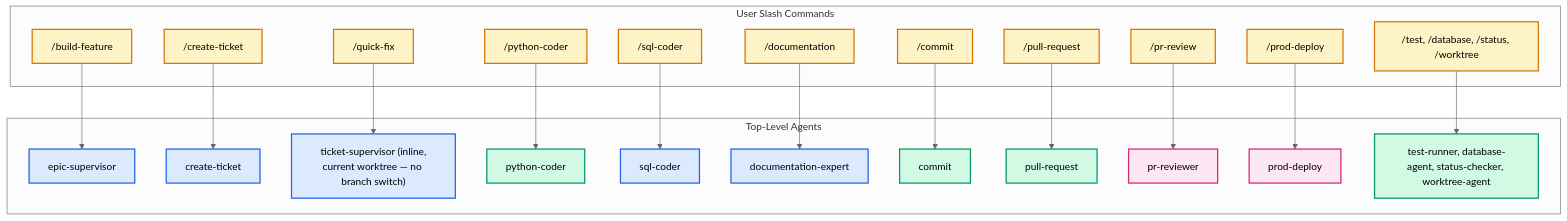
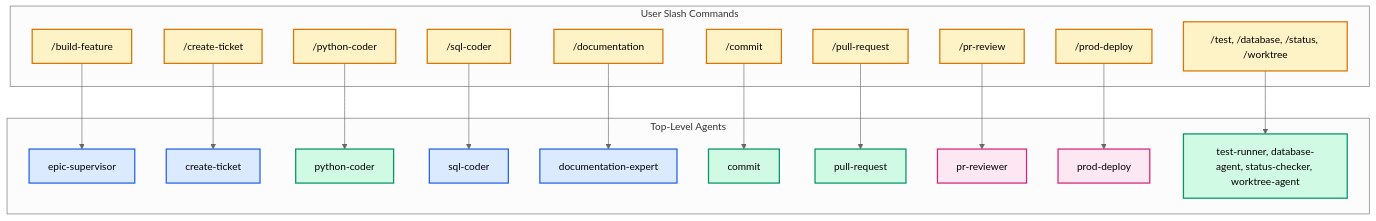
The first of 5 diagrams in docs/architecture/agent_delivery_workflows.md (urlmonitor/leafcutter-ai), drawn with Mermaid (neutral theme) before and after one commit. The commit also changed other lines of this file and 15 other files, not shown here.

````diff
--- a/docs/architecture/agent_delivery_workflows.md
+++ b/docs/architecture/agent_delivery_workflows.md
@@ -86,50 +86,47 @@
 ```mermaid
 flowchart TD
     classDef ui fill:#fef3c7,stroke:#d97706,stroke-width:2px;
     classDef orchestrator fill:#dbeafe,stroke:#2563eb,stroke-width:2px;
     classDef worker fill:#d1fae5,stroke:#059669,stroke-width:2px;
     classDef gatekeeper fill:#fce7f3,stroke:#db2777,stroke-width:2px;
 
     %% Slash Commands
     subgraph Commands ["User Slash Commands"]
         cmdBuild["/build-feature"]:::ui
         cmdTicket["/create-ticket"]:::ui
-        cmdQuickFix["/quick-fix"]:::ui
         cmdPy["/python-coder"]:::ui
         cmdSql["/sql-coder"]:::ui
         cmdDoc["/documentation"]:::ui
         cmdCommit["/commit"]:::ui
         cmdPR["/pull-request"]:::ui
         cmdReview["/pr-review"]:::ui
         cmdDeploy["/prod-deploy"]:::ui
         cmdOther["/test, /database, /status, /worktree"]:::ui
     end
 
     %% Top-Level Agents
     subgraph Primary_Agents ["Top-Level Agents"]
         epicSup["epic-supervisor"]:::orchestrator
         createTick["create-ticket"]:::orchestrator
-        quickFixAgt["ticket-supervisor (inline,<br/>current worktree — no branch switch)"]:::orchestrator
         pyCoder["python-coder"]:::worker
         sqlCoder["sql-coder"]:::orchestrator
         docExp["documentation-expert"]:::orchestrator
         commitAgt["commit"]:::worker
         prAgt["pull-request"]:::worker
         prRev["pr-reviewer"]:::gatekeeper
         prodDep["prod-deploy"]:::gatekeeper
         otherAgts["test-runner, database-agent, status-checker, worktree-agent"]:::worker
     end
 
     %% Mappings
     cmdBuild --> epicSup
     cmdTicket --> createTick
-    cmdQuickFix --> quickFixAgt
     cmdPy --> pyCoder
     cmdSql --> sqlCoder
     cmdDoc --> docExp
     cmdCommit --> commitAgt
     cmdPR --> prAgt
     cmdReview --> prRev
     cmdDeploy --> prodDep
     cmdOther --> otherAgts
 ```
````
